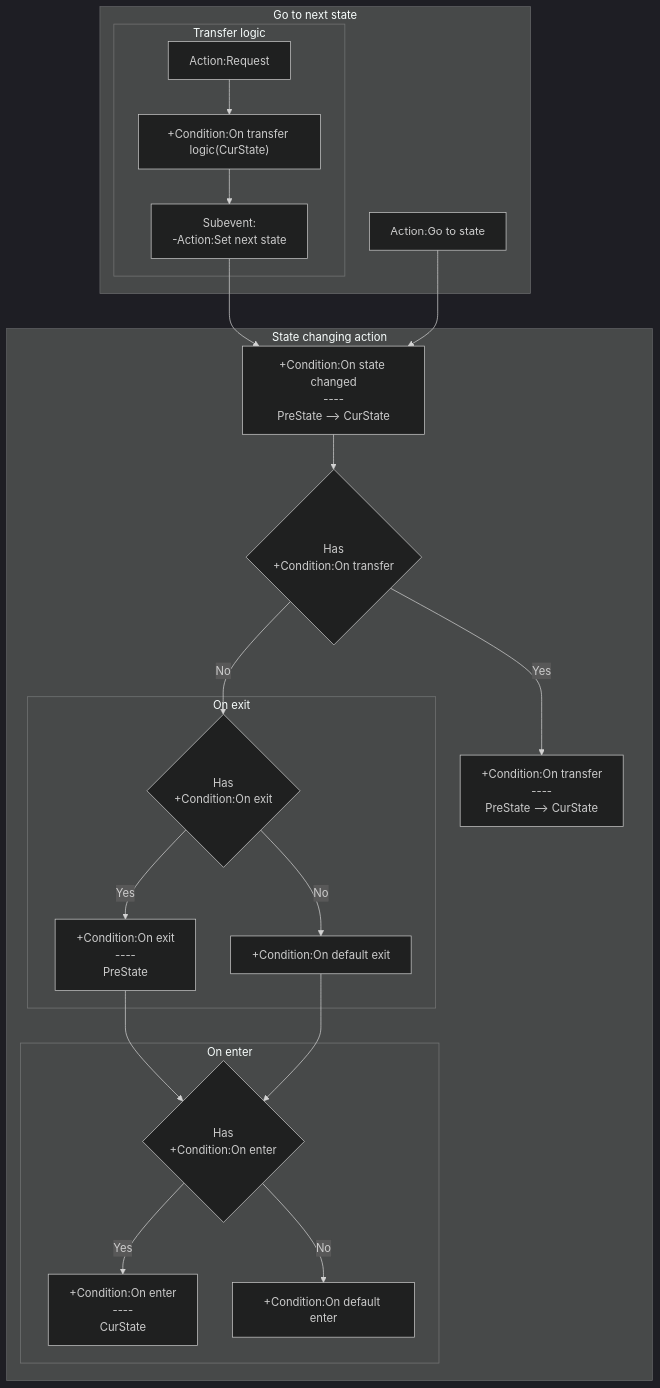
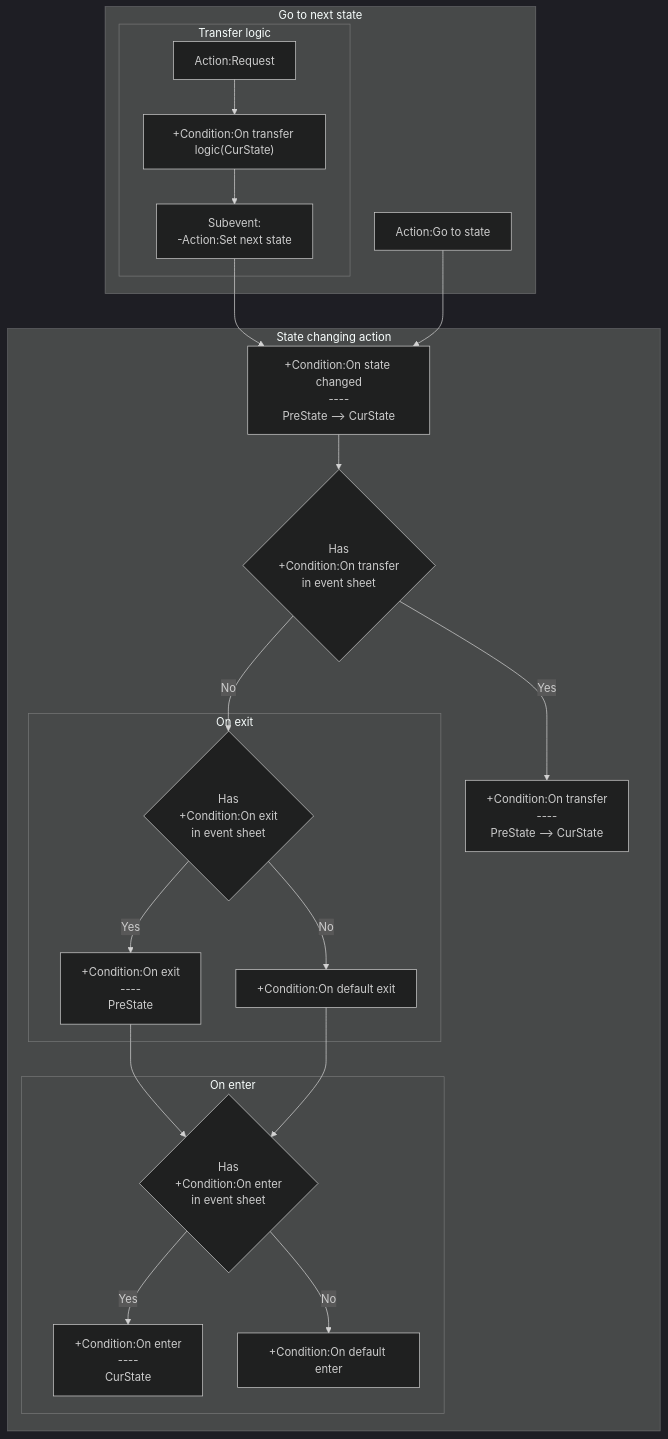
Before and after one commit to rexrainbow/C2RexDoc: the diagram in plugins.md/rex_gfsm.md, drawn with Mermaid (dark theme). The commit also changed 2 other files, not shown here.

````diff
--- a/plugins.md/rex_gfsm.md
+++ b/plugins.md/rex_gfsm.md
@@ -27,36 +27,36 @@
 ```mermaid
 graph TB
 
 subgraph Go to next state
 subgraph Transfer logic
 Request["Action:Request"]  --> CondOnTransferLogic["+Condition:On transfer logic(CurState)"]
 CondOnTransferLogic --> SetNextState["Subevent:<br>-Action:Set next state"]
 end
 
 GoToState["Action:Go to state"]
 
 end
 
 SetNextState --> CondOnStateChanged["+Condition:On state changed<br>----<br>PreState --> CurState"]
 GoToState["Action:Go to state"] --> CondOnStateChanged
 
 subgraph State changing action
-CondOnStateChanged --> HasCondOnTransfer{"Has<br>+Condition:On transfer"}
+CondOnStateChanged --> HasCondOnTransfer{"Has<br>+Condition:On transfer<br>in event sheet"}
 HasCondOnTransfer --> |Yes| CondOnTransfer["+Condition:On transfer<br>----<br>PreState --> CurState"]
-HasCondOnTransfer --> |No| HasCondOnExit{"Has<br>+Condition:On exit"}
+HasCondOnTransfer --> |No| HasCondOnExit{"Has<br>+Condition:On exit<br>in event sheet"}
 
 subgraph On exit
 HasCondOnExit --> |Yes| CondOnExit["+Condition:On exit<br>----<br>PreState"]
 HasCondOnExit --> |No| CondOndefaultExit["+Condition:On default exit"]
 end
 
-CondOnExit --> HasCondOnEnter{"Has<br>+Condition:On enter"}
+CondOnExit --> HasCondOnEnter{"Has<br>+Condition:On enter<br>in event sheet"}
 CondOndefaultExit --> HasCondOnEnter
 
 subgraph On enter
 HasCondOnEnter --> |Yes| CondOnEnter["+Condition:On enter<br>----<br>CurState"]
 HasCondOnEnter --> |No| CondOndefaultEnter["+Condition:On default enter"]
 end
 
 end
 ```
````
